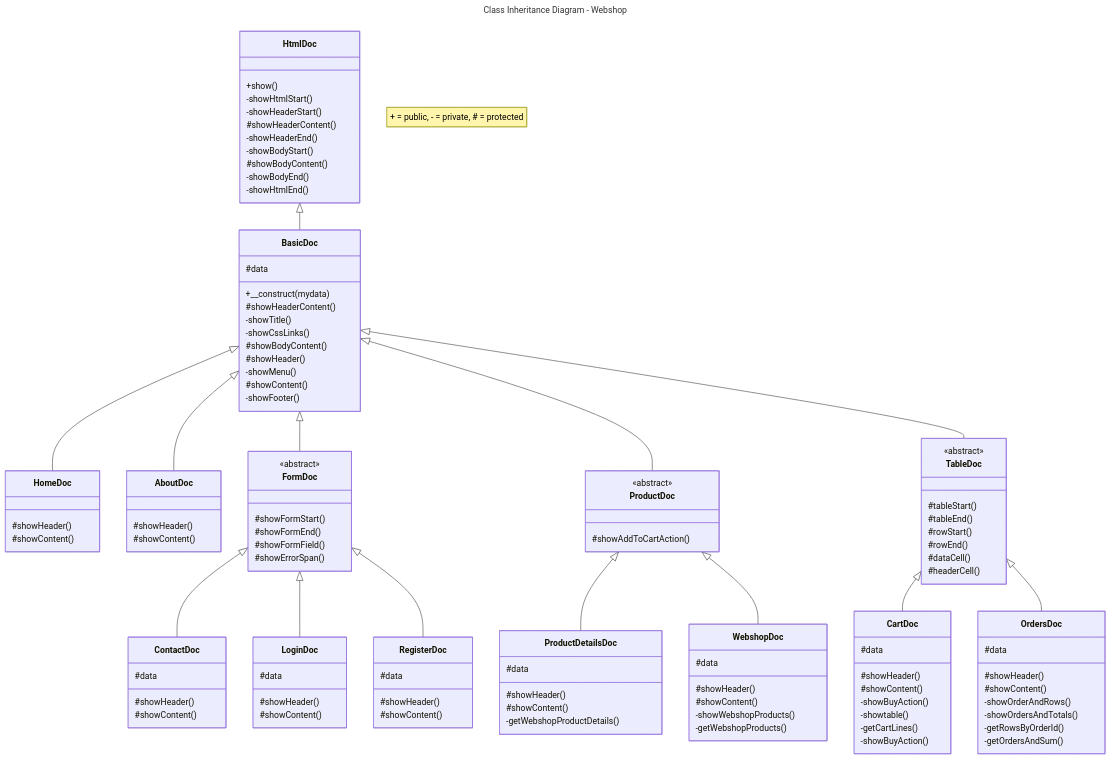
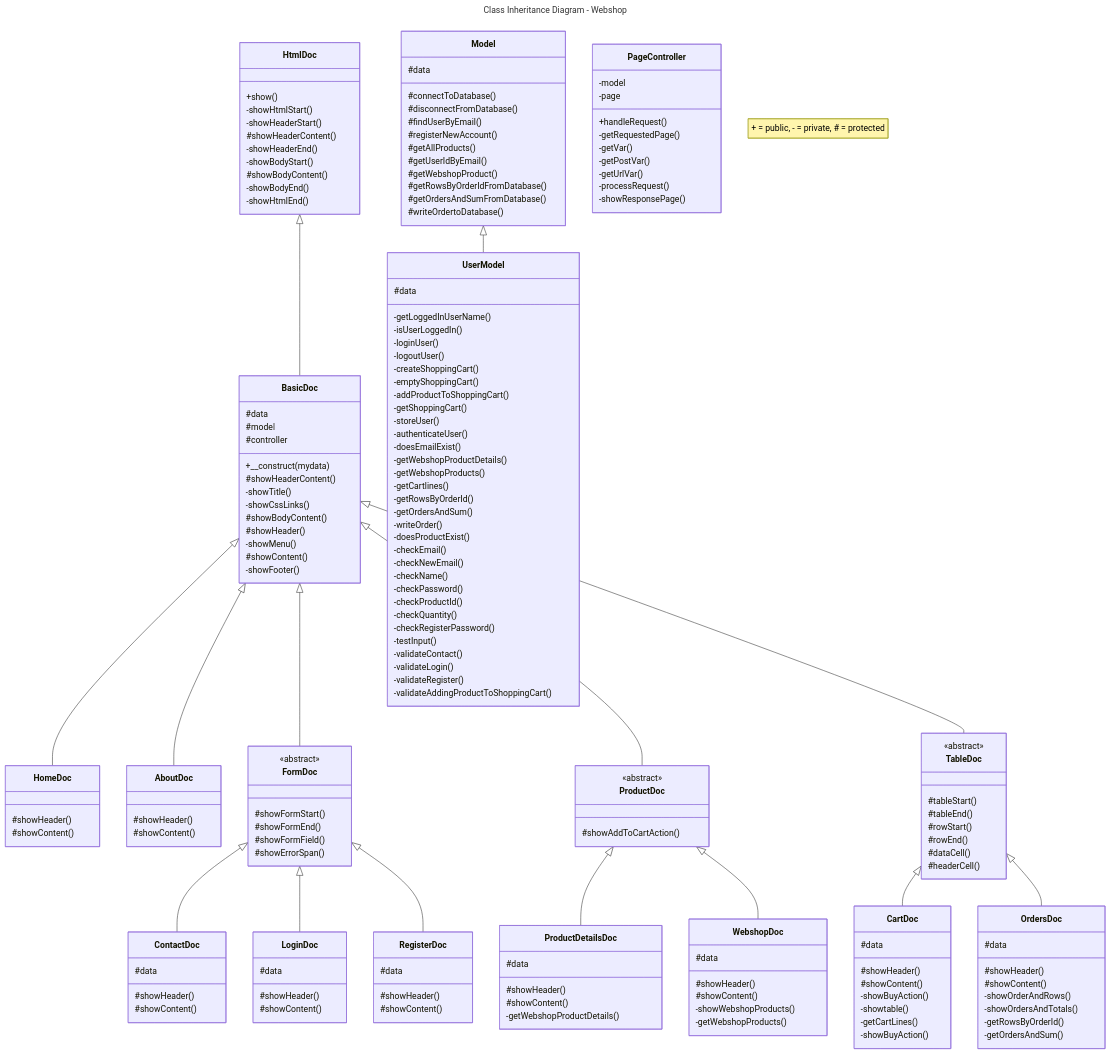
One commit to JeroenHeemskerk/educom-webshop-oop-1698314754 changed the diagram in Diagrams/#5.md. Above: the diagram before and after it, drawn with Mermaid.

Commit message:
#5 eerste poging

```diff
--- a/Diagrams/#5.md
+++ b/Diagrams/#5.md
@@ -23,7 +23,70 @@
 
     TableDoc <|-- CartDoc
     TableDoc <|-- OrdersDoc
-    
+
+
+    Model <|-- UserModel
+
+    class PageController{
+        -model
+        -page
+        +handleRequest()       
+        -getRequestedPage()
+        -getVar()
+        -getPostVar()
+        -getUrlVar()
+        -processRequest()
+        -showResponsePage()        
+    }
+    class Model{
+        #data
+        #connectToDatabase()
+        #disconnectFromDatabase()
+        #findUserByEmail()
+        #registerNewAccount()
+        #getAllProducts()
+        #getUserIdByEmail()
+        #getWebshopProduct()
+        #getRowsByOrderIdFromDatabase()
+        #getOrdersAndSumFromDatabase()
+        #writeOrdertoDatabase()
+    }
+    class UserModel{
+        #data
+        -getLoggedInUserName()
+        -isUserLoggedIn()
+        -loginUser()
+        -logoutUser()
+        -createShoppingCart()
+        -emptyShoppingCart()
+        -addProductToShoppingCart()
+        -getShoppingCart()
+
+        -storeUser()
+        -authenticateUser()
+        -doesEmailExist()
+
+        -getWebshopProductDetails()
+        -getWebshopProducts()
+        -getCartlines()
+        -getRowsByOrderId()
+        -getOrdersAndSum()
+        -writeOrder()
+        -doesProductExist()
+
+        -checkEmail()
+        -checkNewEmail()
+        -checkName()
+        -checkPassword()
+        -checkProductId()
+        -checkQuantity()
+        -checkRegisterPassword()
+        -testInput()
+        -validateContact()
+        -validateLogin()
+        -validateRegister()
+        -validateAddingProductToShoppingCart()
+    }
     class HtmlDoc{
        +show()
        -showHtmlStart()
@@ -36,7 +99,9 @@
        -showHtmlEnd()
     }
     class BasicDoc{
-        #data 
+        #data
+        #model
+        #controller
         +__construct(mydata)
         #showHeaderContent()
         -showTitle()
```
